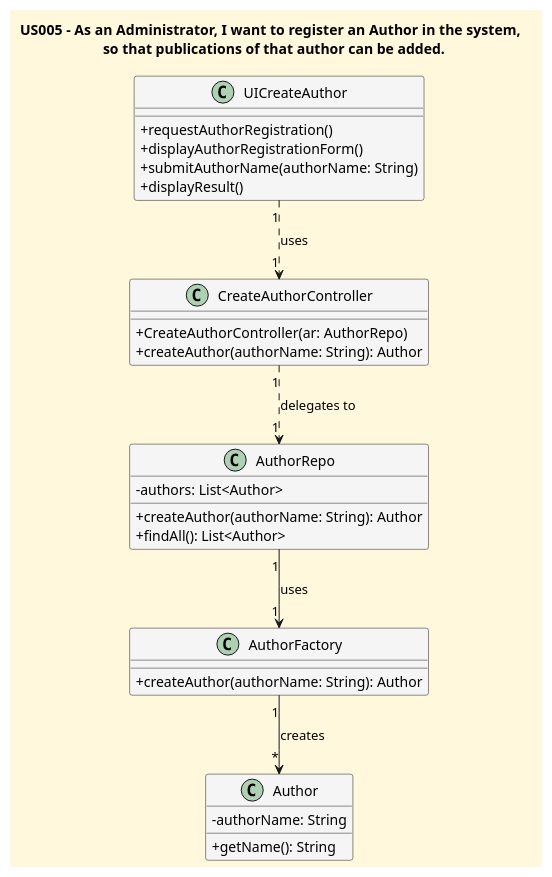
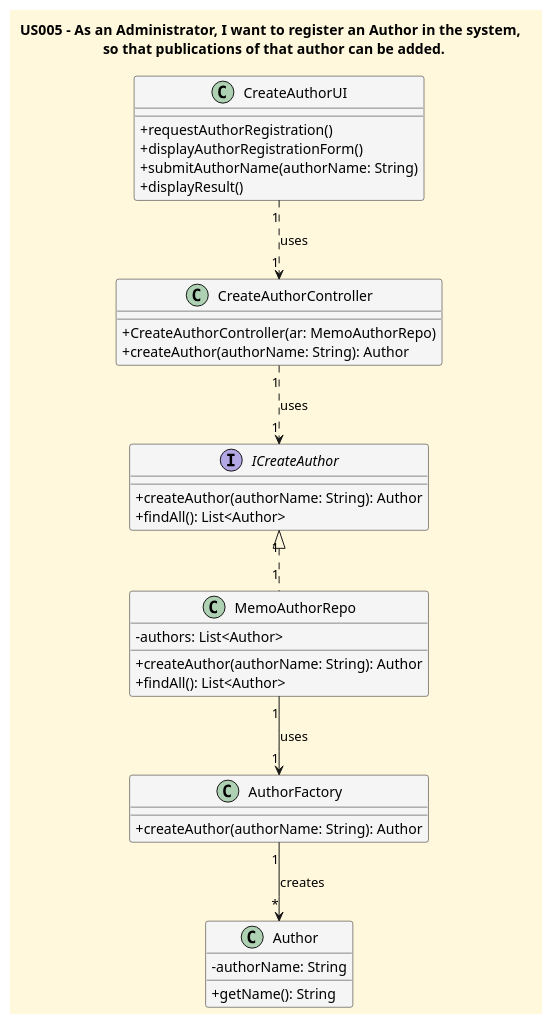
The diagram in docs/userStories/US005/US005_to_register_an_author_CD.puml (CarolinaLeite-collab/JavaMarketplacePlatform), drawn with PlantUML before and after one commit. The commit also changed 1 other file, not shown here.

Commit message:
Closes #365 Reengineering of US005, refering to Register New Author, according to DDD or US029

```diff
--- a/docs/userStories/US005/US005_to_register_an_author_CD.puml
+++ b/docs/userStories/US005/US005_to_register_an_author_CD.puml
@@ -1,50 +1,57 @@
 @startuml
 title US005 - As an Administrator, I want to register an Author in the system, \n so that publications of that author can be added.
 
 skinparam monochrome false
 skinparam shadowing false
 skinparam defaultFontName Futura
 skinparam backgroundColor CornSilk
 skinparam classBackgroundColor WhiteSmoke
 skinparam classAttributeIconSize 0
 
 
-class UICreateAuthor {
+class CreateAuthorUI {
   +requestAuthorRegistration()
   +displayAuthorRegistrationForm()
   +submitAuthorName(authorName: String)
   +displayResult()
 }
 
 class CreateAuthorController {
-  +CreateAuthorController(ar: AuthorRepo)
+  +CreateAuthorController(ar: MemoAuthorRepo)
   +createAuthor(authorName: String): Author
+}
+
+interface ICreateAuthor{
+  +createAuthor(authorName: String): Author
+/'  +existsByName(name: String): boolean'/
+  +findAll(): List<Author>
 }
 
 /'note right of CreateAuthorController
 Validates authorName (null/blank)
-Trims before delegating to AuthorRepo
+Trims before delegating to MemoAuthorRepo
 end note'/
 
-class AuthorRepo {
+class MemoAuthorRepo {
   -authors: List<Author>
   +createAuthor(authorName: String): Author
 /'  +existsByName(name: String): boolean'/
   +findAll(): List<Author>
 }
 
 class AuthorFactory {
   +createAuthor(authorName: String): Author
 }
 
 class Author {
   -authorName: String
   +getName(): String
 }
 
-UICreateAuthor "1"..>"1" CreateAuthorController : uses
-CreateAuthorController "1"..> "1" AuthorRepo : delegates to
-AuthorRepo "1" --> "1" AuthorFactory : uses
+CreateAuthorUI "1"..>"1" CreateAuthorController : uses
+CreateAuthorController "1"..>"1" ICreateAuthor : uses
+ICreateAuthor "1"<|.. "1" MemoAuthorRepo
+MemoAuthorRepo "1" --> "1" AuthorFactory : uses
 AuthorFactory "1"-->"*" Author : creates
 
 @enduml
```
